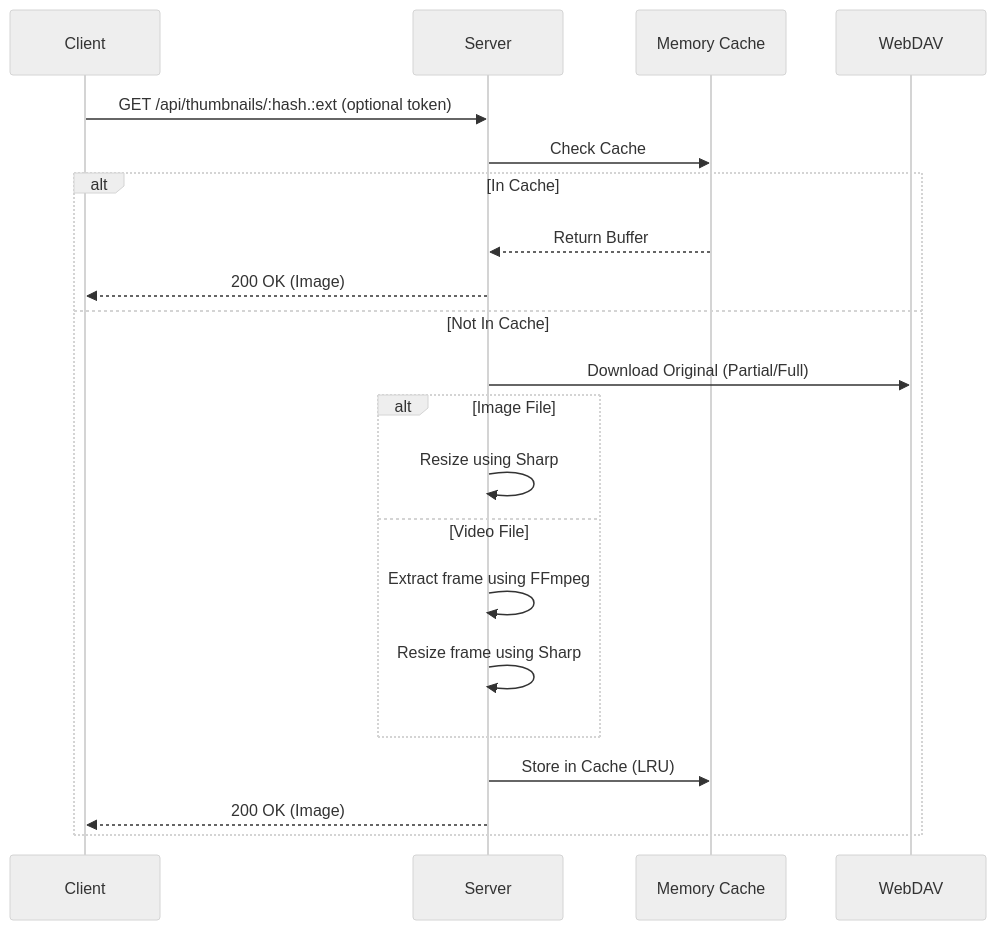
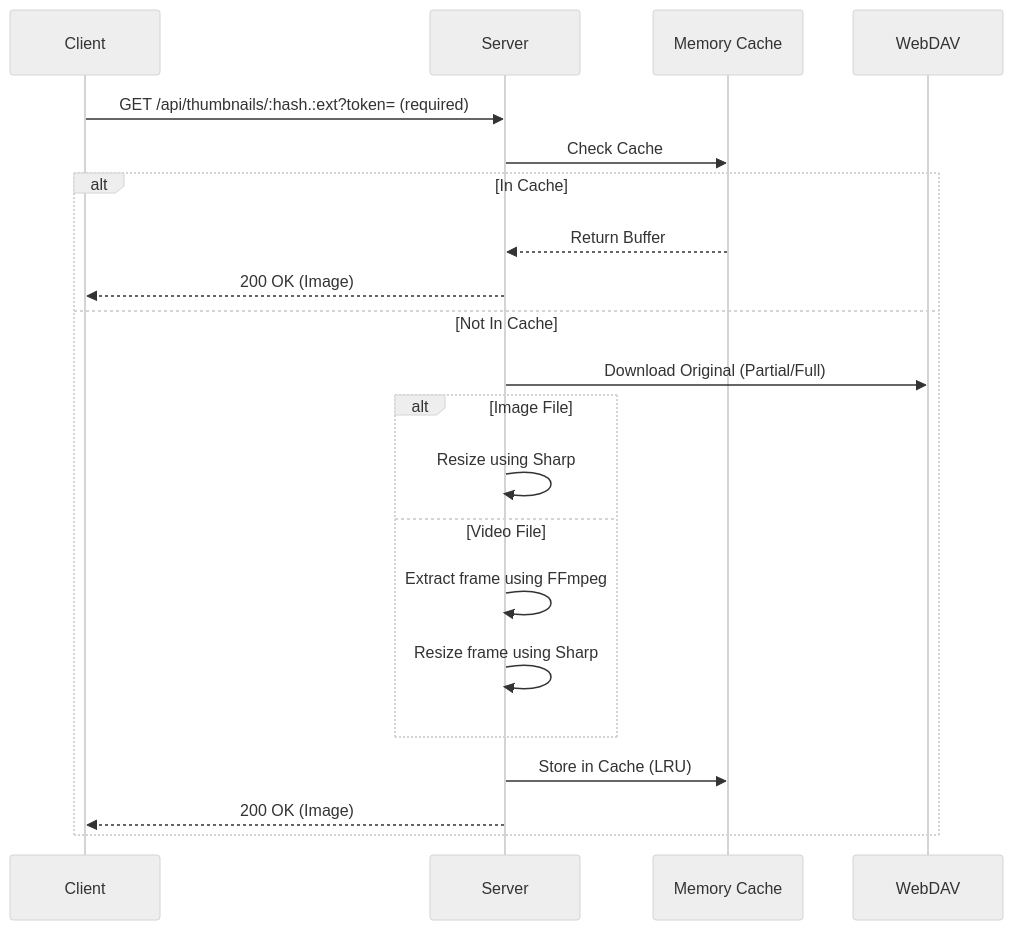
Before and after one commit to rct3232/webdav-easyaccess: the second of 2 diagrams in docs/ARCHITECTURE.md, drawn with Mermaid (neutral theme). The commit also changed other lines of this file and 16 other files, not shown here.

First line of the commit message:
feat: integrate mutation testing, property-based testing, and schema-first API contract

````diff
--- a/docs/ARCHITECTURE.md
+++ b/docs/ARCHITECTURE.md
@@ -101,24 +101,24 @@
 ```mermaid
 sequenceDiagram
     participant C as Client
     participant S as Server
     participant Cache as Memory Cache
     participant W as WebDAV
     
-    C->>S: GET /api/thumbnails/:hash.:ext (optional token)
+    C->>S: GET /api/thumbnails/:hash.:ext?token= (required)
     S->>Cache: Check Cache
     alt In Cache
         Cache-->>S: Return Buffer
         S-->>C: 200 OK (Image)
     else Not In Cache
         S->>W: Download Original (Partial/Full)
         alt Image File
             S->>S: Resize using Sharp
         else Video File
             S->>S: Extract frame using FFmpeg
             S->>S: Resize frame using Sharp
         end
         S->>Cache: Store in Cache (LRU)
         S-->>C: 200 OK (Image)
     end
 ```
````
